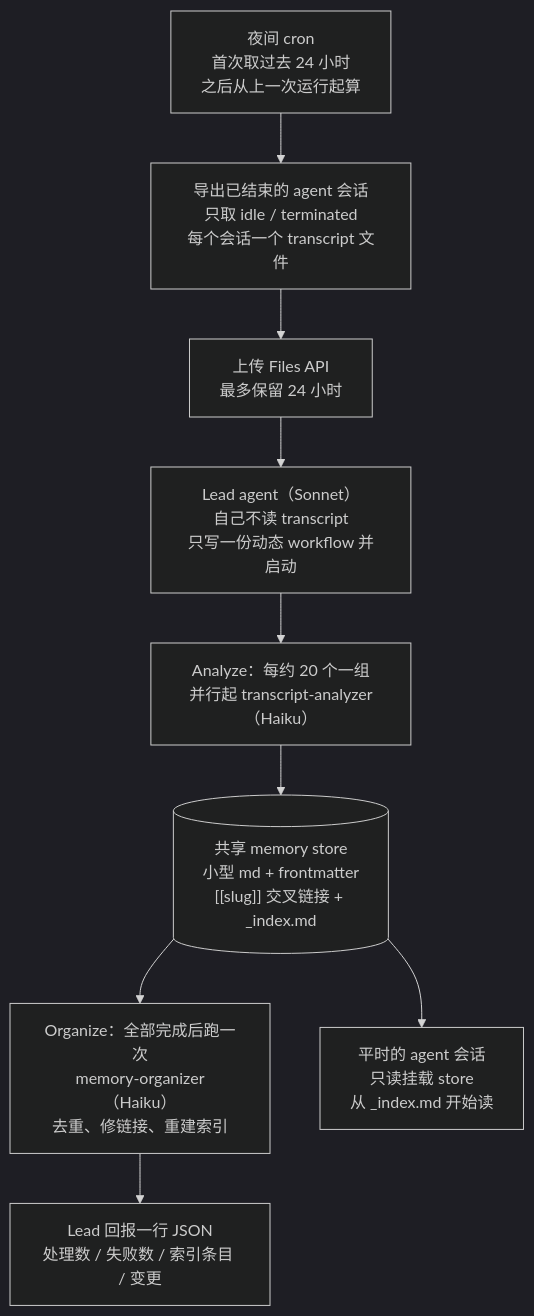
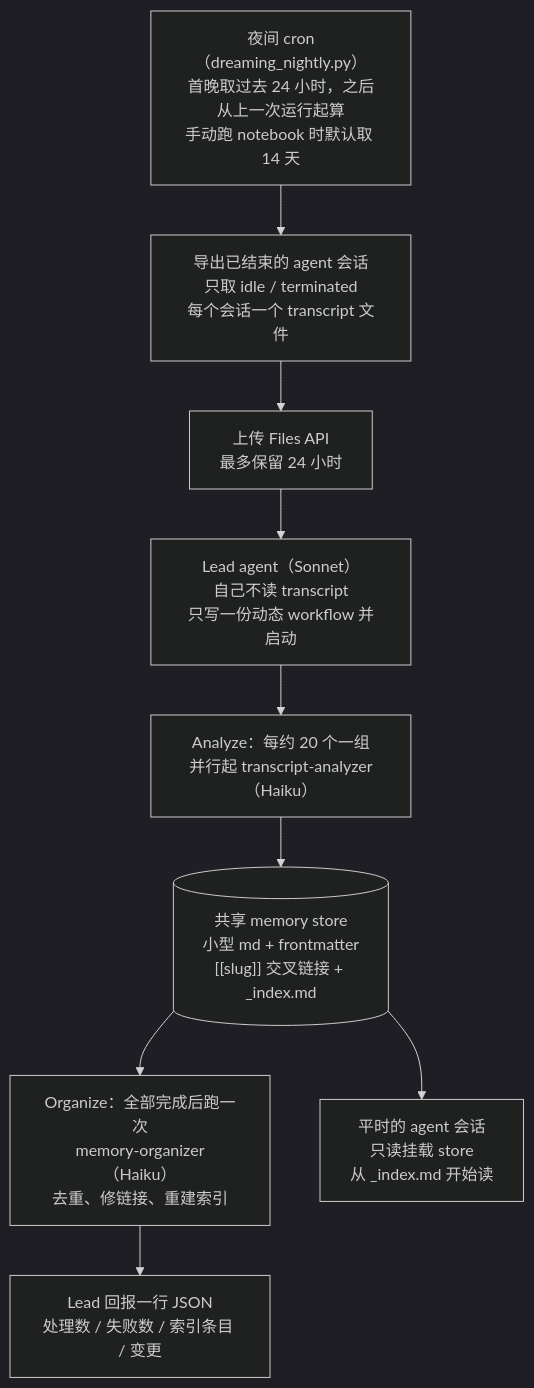
The first of 2 diagrams in docs/dreaming-architectures.md (seapawn1/ClaudeDream), drawn with Mermaid (dark theme) before and after one commit. The commit also changed other lines of this file and 2 other files, not shown here.

````diff
--- a/docs/dreaming-architectures.md
+++ b/docs/dreaming-architectures.md
@@ -7,11 +7,11 @@
 ```mermaid
 flowchart TD
-    C["夜间 cron<br/>首次取过去 24 小时<br/>之后从上一次运行起算"] --> S["导出已结束的 agent 会话<br/>只取 idle / terminated<br/>每个会话一个 transcript 文件"]
+    C["夜间 cron（dreaming_nightly.py）<br/>首晚取过去 24 小时，之后从上一次运行起算<br/>手动跑 notebook 时默认取 14 天"] --> S["导出已结束的 agent 会话<br/>只取 idle / terminated<br/>每个会话一个 transcript 文件"]
     S --> U["上传 Files API<br/>最多保留 24 小时"]
     U --> L["Lead agent（Sonnet）<br/>自己不读 transcript<br/>只写一份动态 workflow 并启动"]
     L --> G["Analyze：每约 20 个一组<br/>并行起 transcript-analyzer（Haiku）"]
     G --> M[("共享 memory store<br/>小型 md + frontmatter<br/>[[slug]] 交叉链接 + _index.md")]
     M --> O["Organize：全部完成后跑一次<br/>memory-organizer（Haiku）<br/>去重、修链接、重建索引"]
     O --> R["Lead 回报一行 JSON<br/>处理数 / 失败数 / 索引条目 / 变更"]
     M --> Use["平时的 agent 会话<br/>只读挂载 store<br/>从 _index.md 开始读"]
 ```
````
